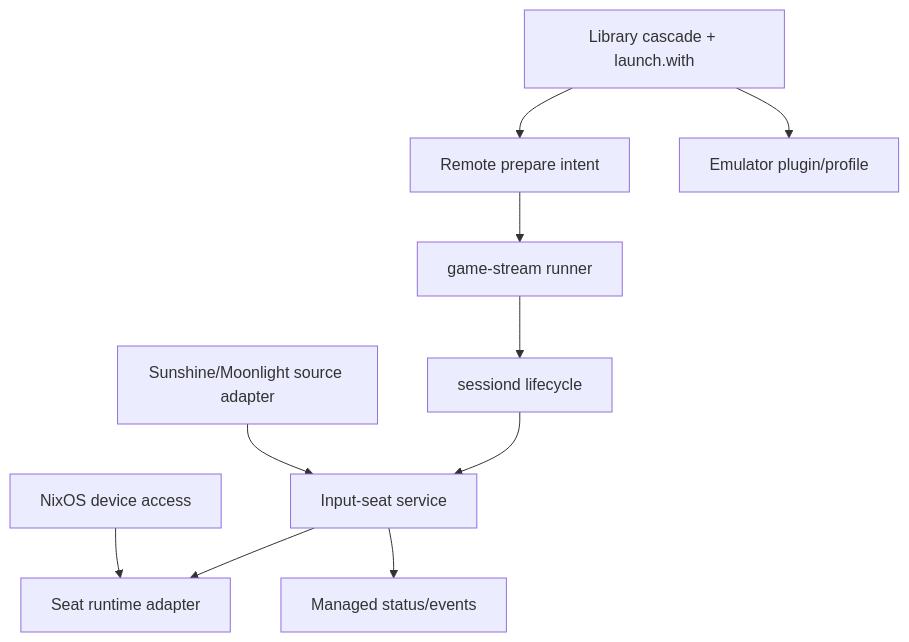
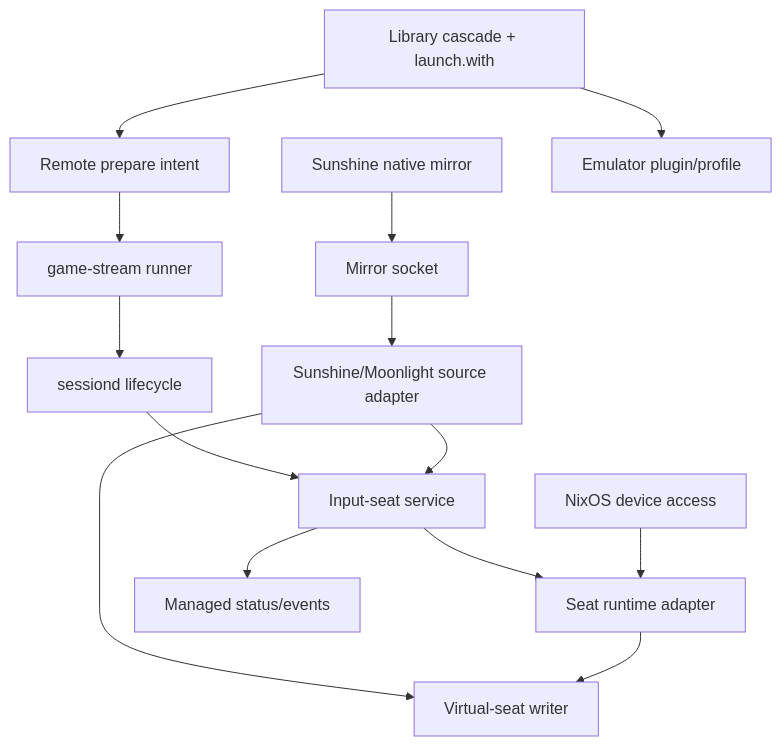
The fourth of 4 diagrams in work/items/active/01KWTZ3DDBRFV3GAJFFDRR7Z57-sessiond-remote-input-seats/plan.md (simonwjackson/korri), drawn with Mermaid before and after one commit. The commit also changed other lines of this file, not shown here.

Commit message:
docs(work-item): clarify remaining input seat ship blockers

````diff
--- a/work/items/active/01KWTZ3DDBRFV3GAJFFDRR7Z57-sessiond-remote-input-seats/plan.md
+++ b/work/items/active/01KWTZ3DDBRFV3GAJFFDRR7Z57-sessiond-remote-input-seats/plan.md
@@ -703,23 +883,30 @@
 ```mermaid
 flowchart TB
     Cascade[Library cascade + launch.with]
     Prepare[Remote prepare intent]
     Runner[game-stream runner]
     Sessiond[sessiond lifecycle]
     SeatService[Input-seat service]
     Runtime[Seat runtime adapter]
+    Sunshine[Sunshine native mirror]
+    Socket[Mirror socket]
     Source[Sunshine/Moonlight source adapter]
+    Writer[Virtual-seat writer]
     Emulator[Emulator plugin/profile]
     Status[Managed status/events]
     Nix[NixOS device access]
 
     Cascade --> Prepare
     Prepare --> Runner
     Runner --> Sessiond
     Sessiond --> SeatService
     SeatService --> Runtime
+    Sunshine --> Socket
+    Socket --> Source
     Source --> SeatService
+    Source --> Writer
+    Runtime --> Writer
     Cascade --> Emulator
     SeatService --> Status
     Nix --> Runtime
 ```
````
